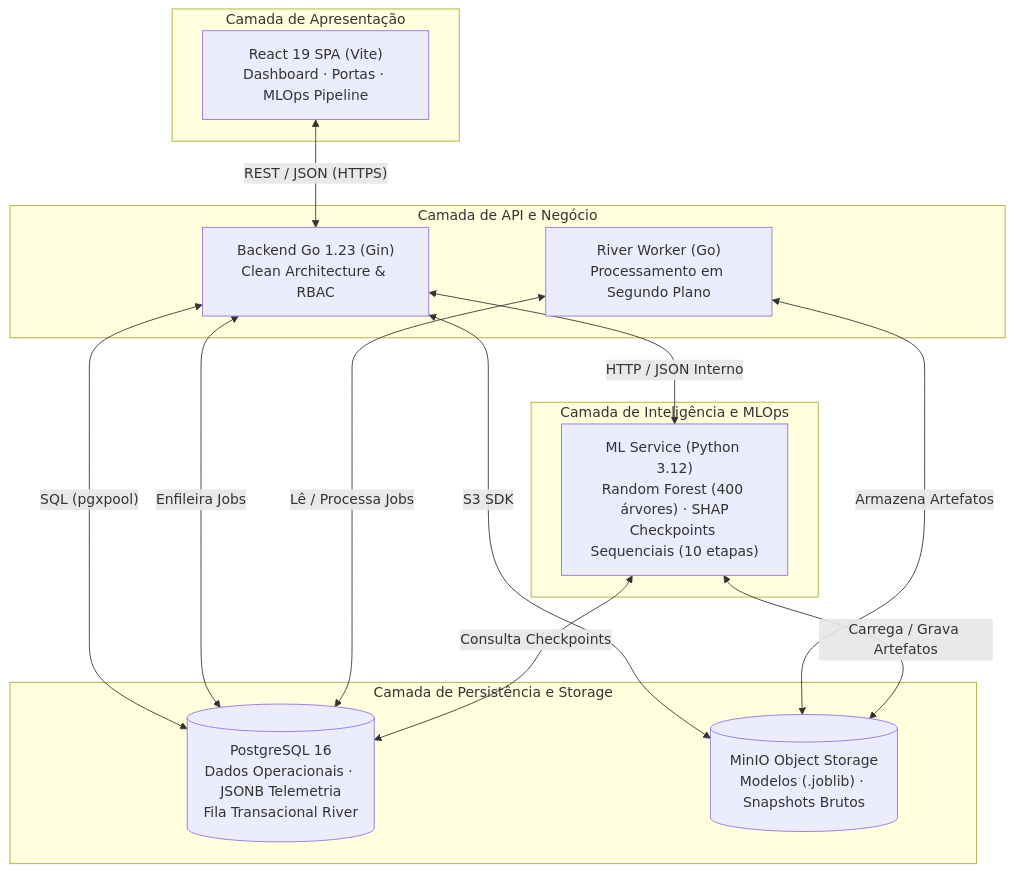
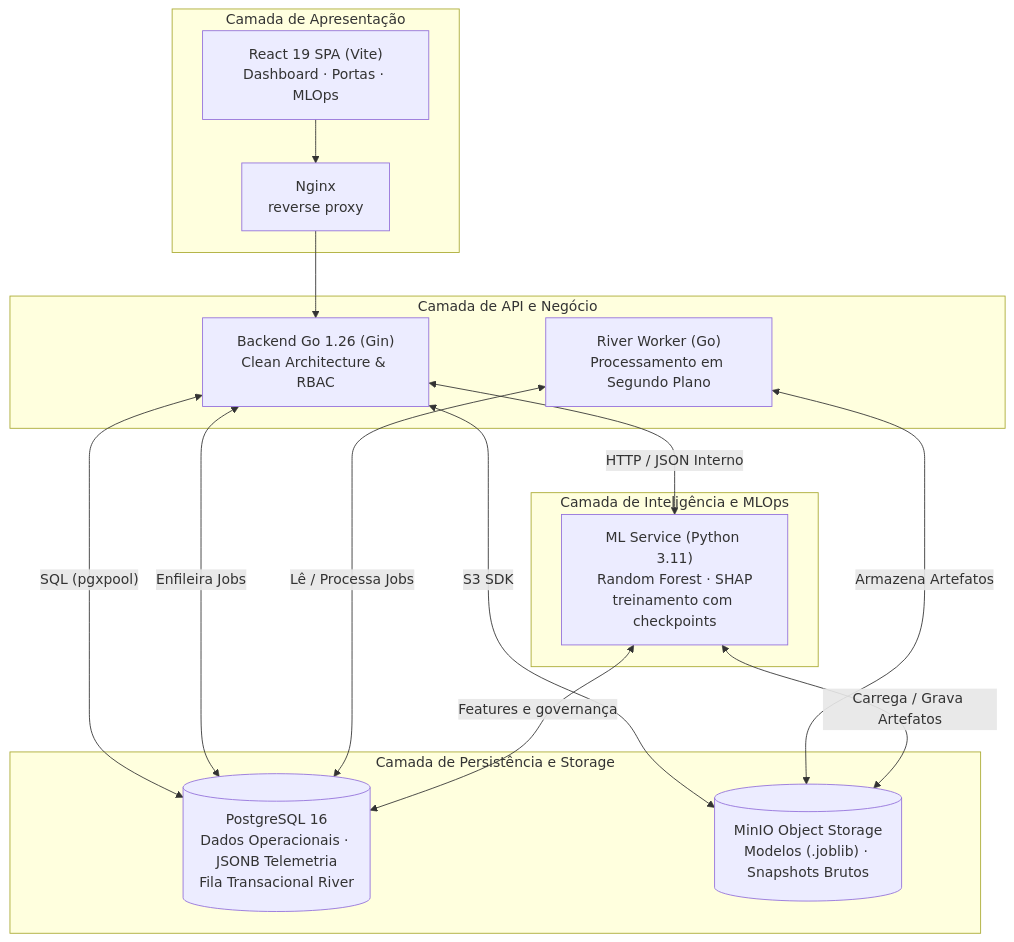
The diagram in docs/src/content/docs/sprints/Sprint 4/tecnologias-arquitetura.mdx (joaocardosodias/Lumem), drawn with Mermaid before and after one commit. The commit also changed other lines of this file, not shown here.

Commit message:
docs: refine architecture technology decisions

````diff
--- a/docs/src/content/docs/sprints/Sprint 4/tecnologias-arquitetura.mdx
+++ b/docs/src/content/docs/sprints/Sprint 4/tecnologias-arquitetura.mdx
@@ -44,30 +55,32 @@
 ```mermaid
 flowchart TD
     subgraph Client["Camada de Apresentação"]
-        UI["React 19 SPA (Vite)<br/>Dashboard · Portas · MLOps Pipeline"]
+        UI["React 19 SPA (Vite)<br/>Dashboard · Portas · MLOps"]
+        Nginx["Nginx<br/>reverse proxy"]
     end
 
     subgraph Core["Camada de API e Negócio"]
-        API["Backend Go 1.23 (Gin)<br/>Clean Architecture & RBAC"]
+        API["Backend Go 1.26 (Gin)<br/>Clean Architecture & RBAC"]
         Worker["River Worker (Go)<br/>Processamento em Segundo Plano"]
     end
 
     subgraph DataLayer["Camada de Persistência e Storage"]
         DB[("PostgreSQL 16<br/>Dados Operacionais · JSONB Telemetria<br/>Fila Transacional River")]
         Storage[("MinIO Object Storage<br/>Modelos (.joblib) · Snapshots Brutos")]
     end
 
     subgraph MLService["Camada de Inteligência e MLOps"]
-        ML["ML Service (Python 3.12)<br/>Random Forest (400 árvores) · SHAP<br/>Checkpoints Sequenciais (10 etapas)"]
+        ML["ML Service (Python 3.11)<br/>Random Forest · SHAP<br/>treinamento com checkpoints"]
     end
 
-    UI <-- "REST / JSON (HTTPS)" --> API
+    UI --> Nginx
+    Nginx --> API
     API <-- "SQL (pgxpool)" --> DB
     API <-- "Enfileira Jobs" --> DB
     Worker <-- "Lê / Processa Jobs" --> DB
     API <-- "S3 SDK" --> Storage
     Worker <-- "Armazena Artefatos" --> Storage
     API <-- "HTTP / JSON Interno" --> ML
     ML <-- "Carrega / Grava Artefatos" --> Storage
-    ML <-- "Consulta Checkpoints" --> DB
+    ML <-- "Features e governança" --> DB
 ```
````
